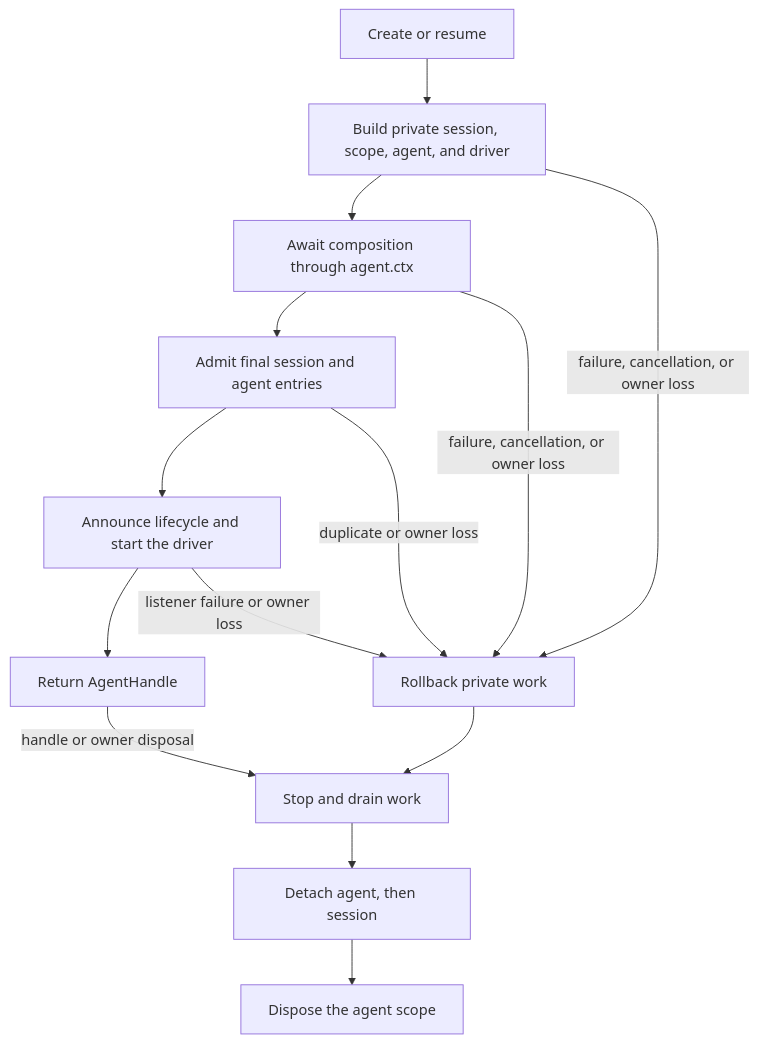
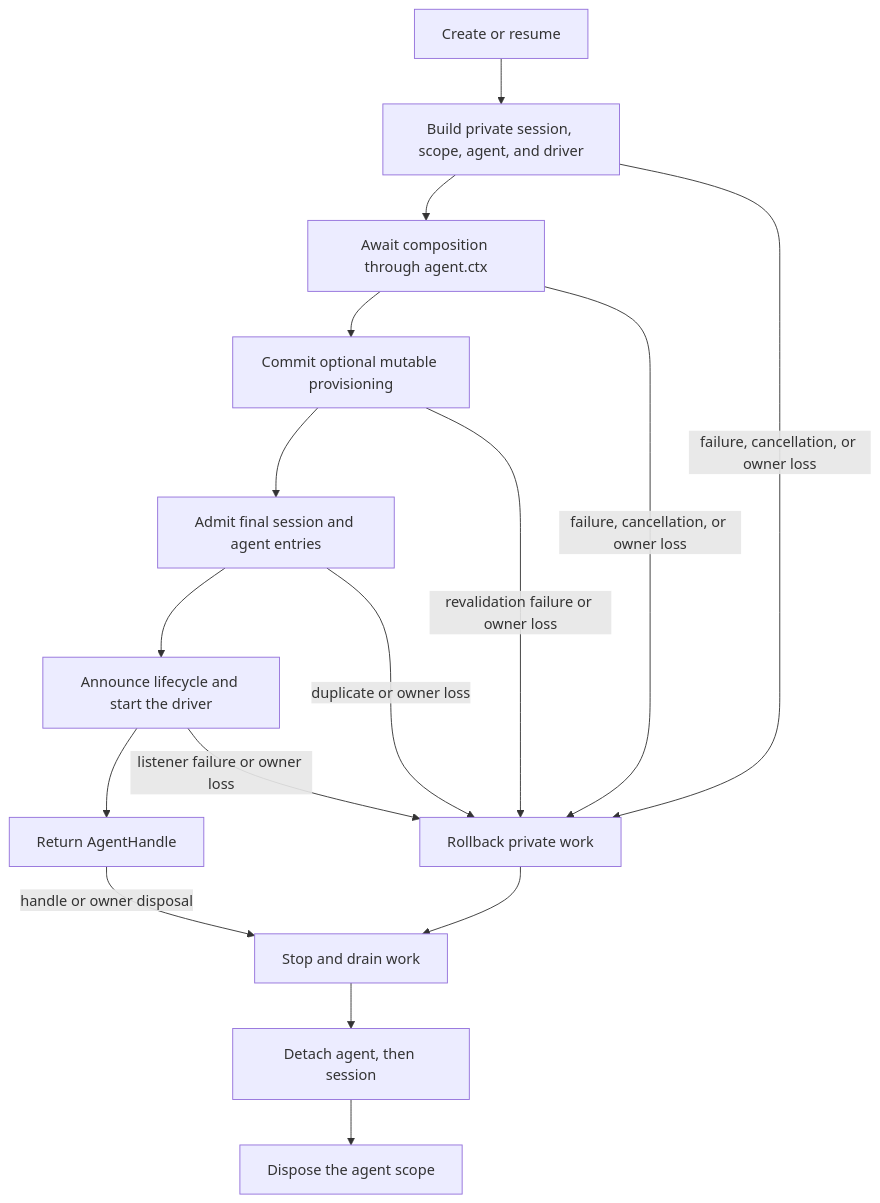
Before and after one commit to eru123/coco-harness: the second of 2 diagrams in .agents/notes/implemented/architecture/2026-07-08-agent-scope-contexts.md, drawn with Mermaid. The commit also changed other lines of this file and 59 other files, not shown here.

````diff
--- a/.agents/notes/implemented/architecture/2026-07-08-agent-scope-contexts.md
+++ b/.agents/notes/implemented/architecture/2026-07-08-agent-scope-contexts.md
@@ -121,17 +121,19 @@
 ```mermaid
 flowchart TB
   request["Create or resume"] --> privateWorld["Build private session, scope, agent, and driver"]
   privateWorld --> setup["Await composition through agent.ctx"]
-  setup --> admission["Admit final session and agent entries"]
+  setup --> setupCommit["Commit optional mutable provisioning"]
+  setupCommit --> admission["Admit final session and agent entries"]
   admission --> publish["Announce lifecycle and start the driver"]
   publish --> live["Return AgentHandle"]
 
   privateWorld -->|"failure, cancellation, or owner loss"| rollback["Rollback private work"]
   setup -->|"failure, cancellation, or owner loss"| rollback
+  setupCommit -->|"revalidation failure or owner loss"| rollback
   admission -->|"duplicate or owner loss"| rollback
   publish -->|"listener failure or owner loss"| rollback
   live -->|"handle or owner disposal"| quiesce["Stop and drain work"]
   rollback --> quiesce
   quiesce --> detach["Detach agent, then session"]
   detach --> revoke["Dispose the agent scope"]
 ```
````
